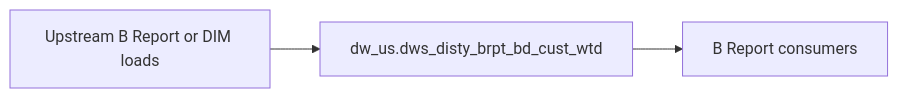
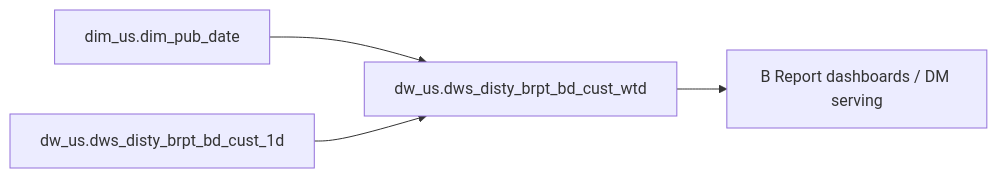
Before and after one commit to chengduhaha/data_agent: the diagram in backend/defaults/b_report/workspace/target/knowledgebase/b-report-us/dws_disty_brpt_bd_cust_wtd.md, drawn with Mermaid. The commit also changed other lines of this file and 1108 other files, not shown here.

````diff
--- a/backend/defaults/b_report/workspace/target/knowledgebase/b-report-us/dws_disty_brpt_bd_cust_wtd.md
+++ b/backend/defaults/b_report/workspace/target/knowledgebase/b-report-us/dws_disty_brpt_bd_cust_wtd.md
@@ -159,8 +267,10 @@
 ```mermaid
 flowchart LR
-  upstream[Upstream B Report or DIM loads]
-  tgt["dw_us.dws_disty_brpt_bd_cust_wtd"]
-  brpt[B Report consumers]
-  upstream --> tgt
-  tgt --> brpt
+  dw_us_dws_disty_brpt_bd_cust_wtd["dw_us.dws_disty_brpt_bd_cust_wtd"]
+  src0["dim_us.dim_pub_date"]
+  src0 --> dw_us_dws_disty_brpt_bd_cust_wtd
+  src1["dw_us.dws_disty_brpt_bd_cust_1d"]
+  src1 --> dw_us_dws_disty_brpt_bd_cust_wtd
+  consumers["B Report dashboards / DM serving"]
+  dw_us_dws_disty_brpt_bd_cust_wtd --> consumers
 ```
````
